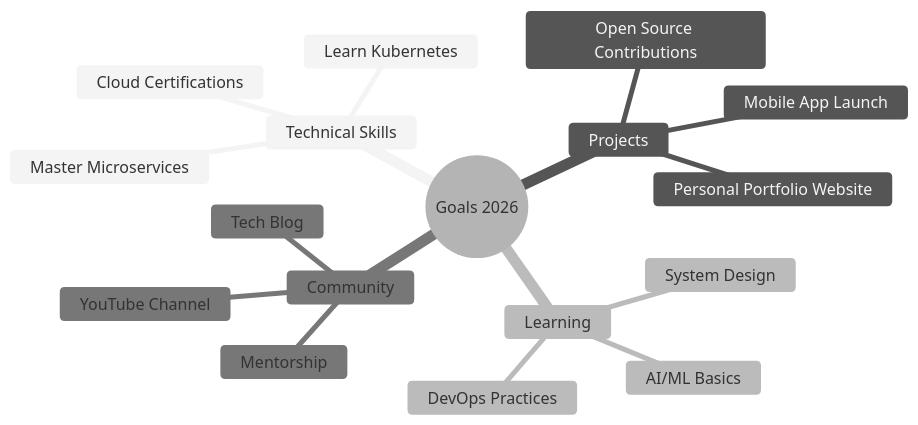
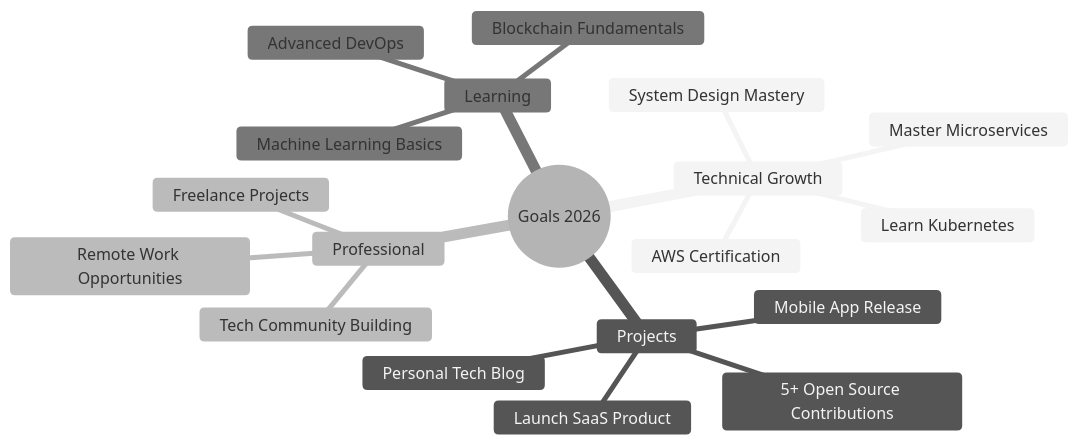
The diagram in README.md (AmineAdded/AmineAdded), drawn with Mermaid (neutral theme) before and after one commit. The commit also changed other lines of this file, not shown here.

````diff
--- a/README.md
+++ b/README.md
@@ -164,20 +143,22 @@
 ```mermaid
 mindmap
   root((Goals 2026))
-    Technical Skills
+    Technical Growth
       Master Microservices
       Learn Kubernetes
-      Cloud Certifications
+      AWS Certification
+      System Design Mastery
     Projects
-      Open Source Contributions
-      Personal Portfolio Website
-      Mobile App Launch
+      5+ Open Source Contributions
+      Launch SaaS Product
+      Mobile App Release
+      Personal Tech Blog
+    Professional
+      Remote Work Opportunities
+      Freelance Projects
+      Tech Community Building
     Learning
-      System Design
-      DevOps Practices
-      AI/ML Basics
-    Community
-      Tech Blog
-      YouTube Channel
-      Mentorship
+      Advanced DevOps
+      Machine Learning Basics
+      Blockchain Fundamentals
 ```
````
